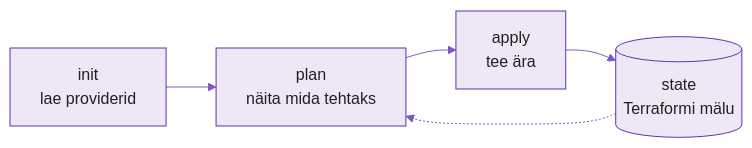
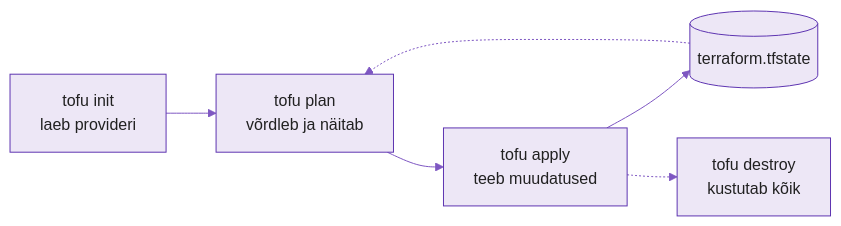
One commit to hkhk-automation/devops changed the diagram in docs/week10/lecture.md. Above: the diagram before and after it, drawn with Mermaid. The commit also changed other lines of this file and 4 other files, not shown here.

````diff
--- a/docs/week10/lecture.md
+++ b/docs/week10/lecture.md
@@ -54,7 +126,9 @@
 ```mermaid
 %%{init: {'theme':'base','themeVariables':{'primaryColor':'#ede7f6','primaryBorderColor':'#5e35b1','primaryTextColor':'#212121','lineColor':'#7e57c2'}}}%%
 graph LR
-    I[init<br/>lae providerid] --> P[plan<br/>näita mida tehtaks] --> A[apply<br/>tee ära]
-    A --> S[(state<br/>Terraformi mälu)]
+    I["tofu init<br/>laeb provideri"] --> P["tofu plan<br/>võrdleb ja näitab"]
+    P --> A["tofu apply<br/>teeb muudatused"]
+    A --> S[("terraform.tfstate")]
     S -.-> P
+    A -.-> D["tofu destroy<br/>kustutab kõik"]
 ```
````
